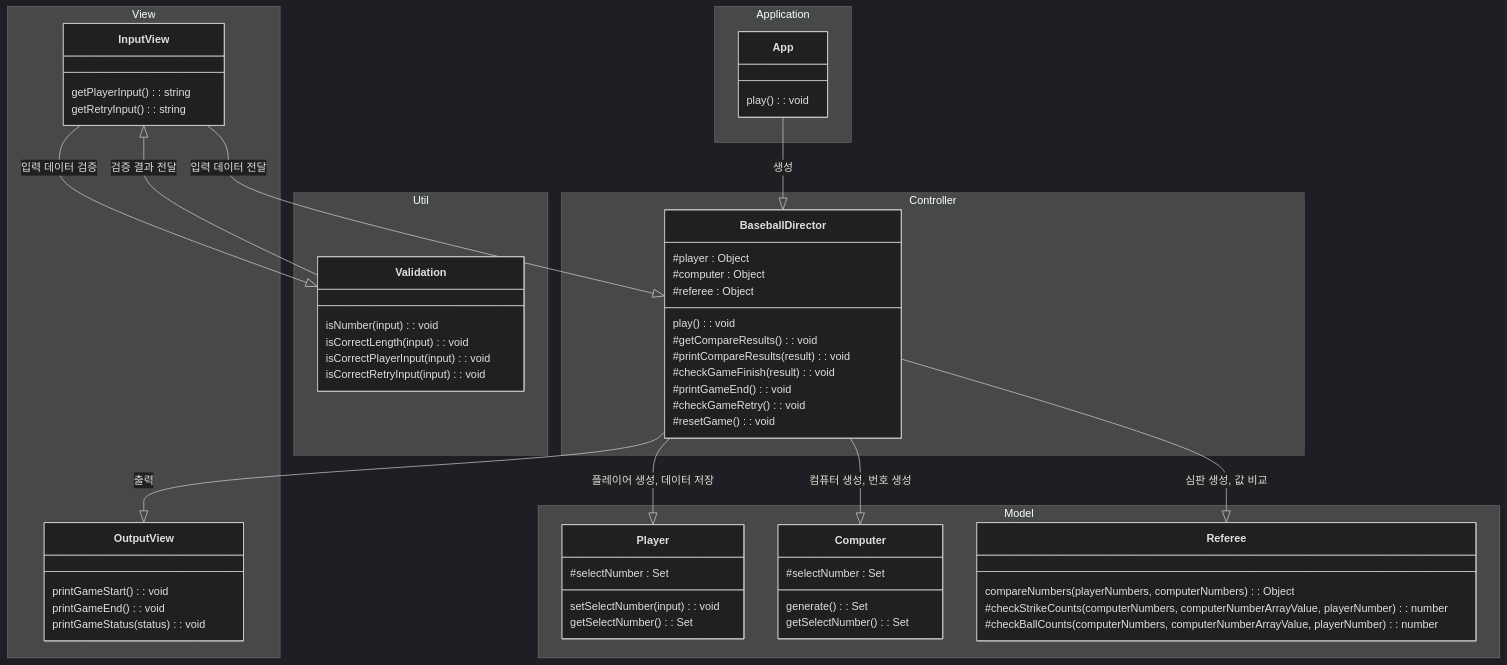
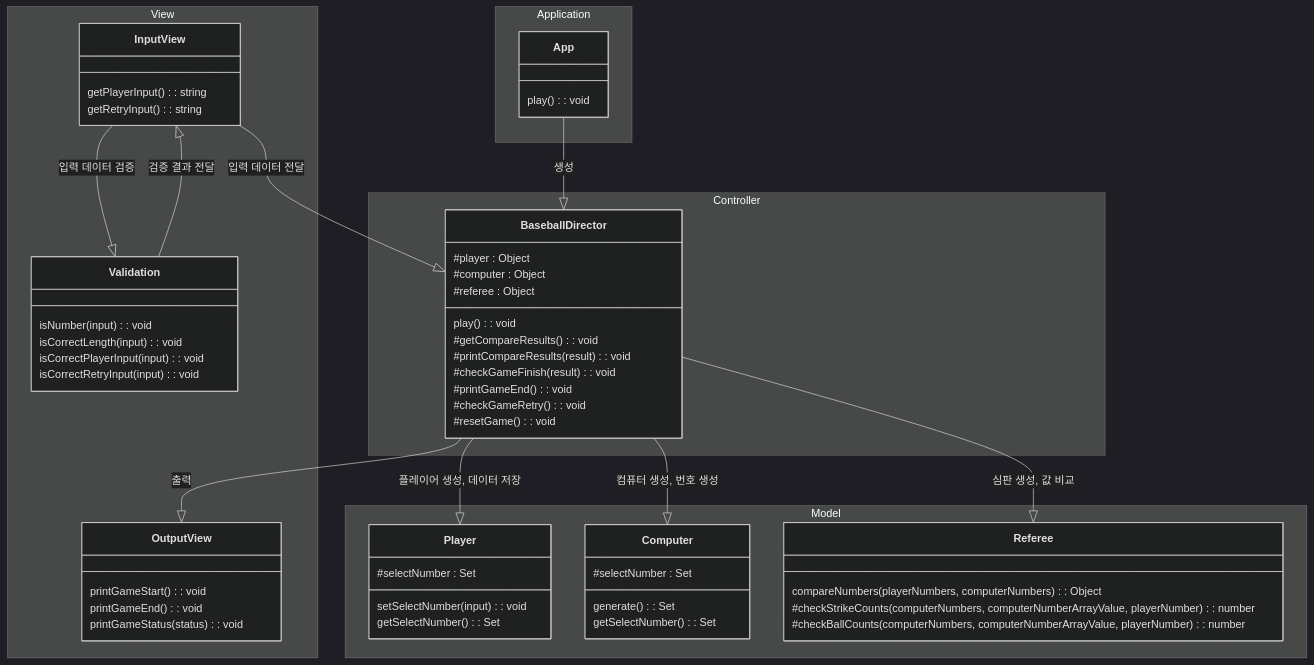
One commit to woowacourse-precourse/javascript-baseball-6 changed the first of 2 diagrams in src/docs/README.md. Above: the diagram before and after it, drawn with Mermaid (dark theme).

Commit message:
docs : 클래스 다이어그램 수정

````diff
--- a/src/docs/README.md
+++ b/src/docs/README.md
@@ -42,71 +42,68 @@
 ```mermaid
 classDiagram
     App --|> BaseballDirector : 생성
     BaseballDirector --|> Player : 플레이어 생성, 데이터 저장
     BaseballDirector --|> Computer : 컴퓨터 생성, 번호 생성
     BaseballDirector --|> Referee : 심판 생성, 값 비교
     BaseballDirector --|> OutputView : 출력
     InputView --|> Validation : 입력 데이터 검증
     Validation --|> InputView : 검증 결과 전달
     InputView --|> BaseballDirector : 입력 데이터 전달
 
     namespace Application {
         class App {
             play() : void
         }
     }
 
     namespace Controller {
         class BaseballDirector {
             #player : Object
             #computer : Object
             #referee : Object
             play() : void
             #getCompareResults() : void
             #printCompareResults(result) : void
             #checkGameFinish(result) : void
             #printGameEnd() : void
             #checkGameRetry() : void
             #resetGame() : void
         }
     }
 
     namespace Model {
         class Player {
             #selectNumber : Set
             setSelectNumber(input) : void
             getSelectNumber() : Set
         }
         class Computer {
             #selectNumber : Set
             generate() : Set
             getSelectNumber() : Set
         }
         class Referee {
             compareNumbers(playerNumbers, computerNumbers) : Object
             #checkStrikeCounts(computerNumbers, computerNumberArrayValue, playerNumber) : number
             #checkBallCounts(computerNumbers, computerNumberArrayValue, playerNumber) : number
         }
     }
 
     namespace View {
         class InputView {
             getPlayerInput() : string
             getRetryInput() : string
         }
         class OutputView {
             printGameStart() : void
             printGameEnd() : void
             printGameStatus(status) : void
         }
-    }
-
-    namespace Util {
         class Validation {
             isNumber(input) : void
             isCorrectLength(input) : void
             isCorrectPlayerInput(input) : void
             isCorrectRetryInput(input) : void
         }
     }
 ```
````
